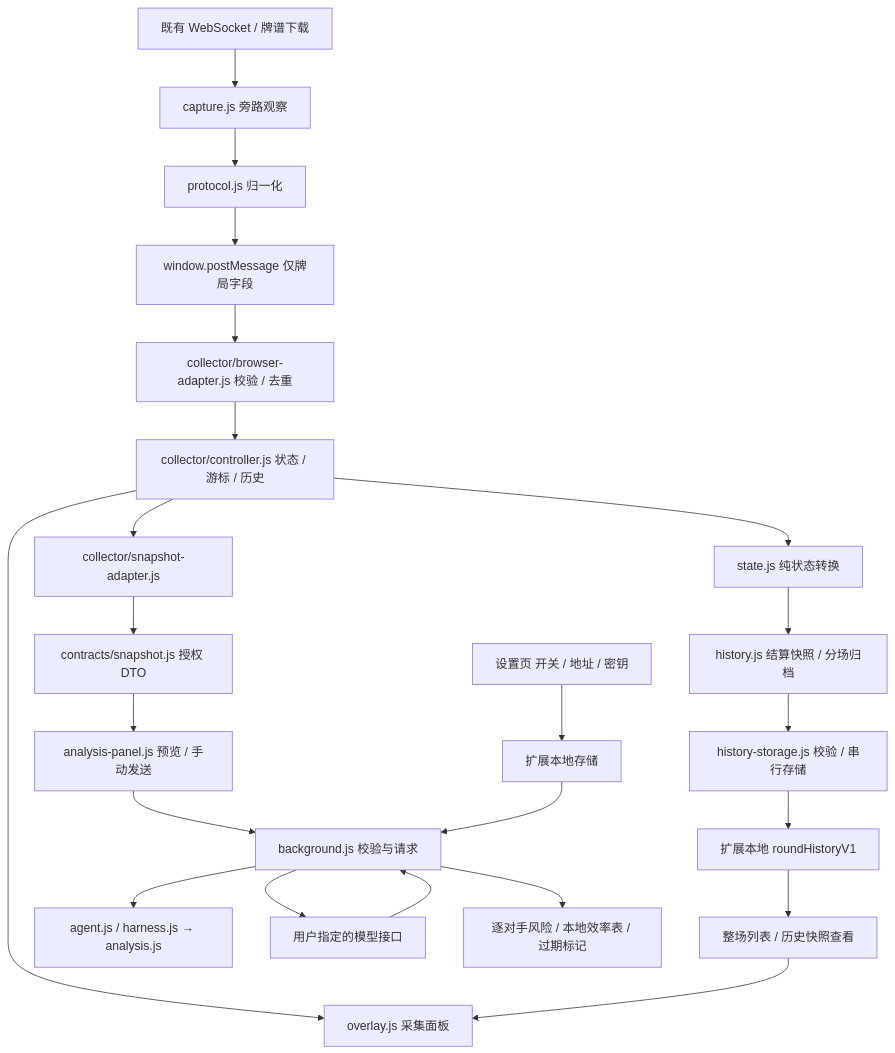
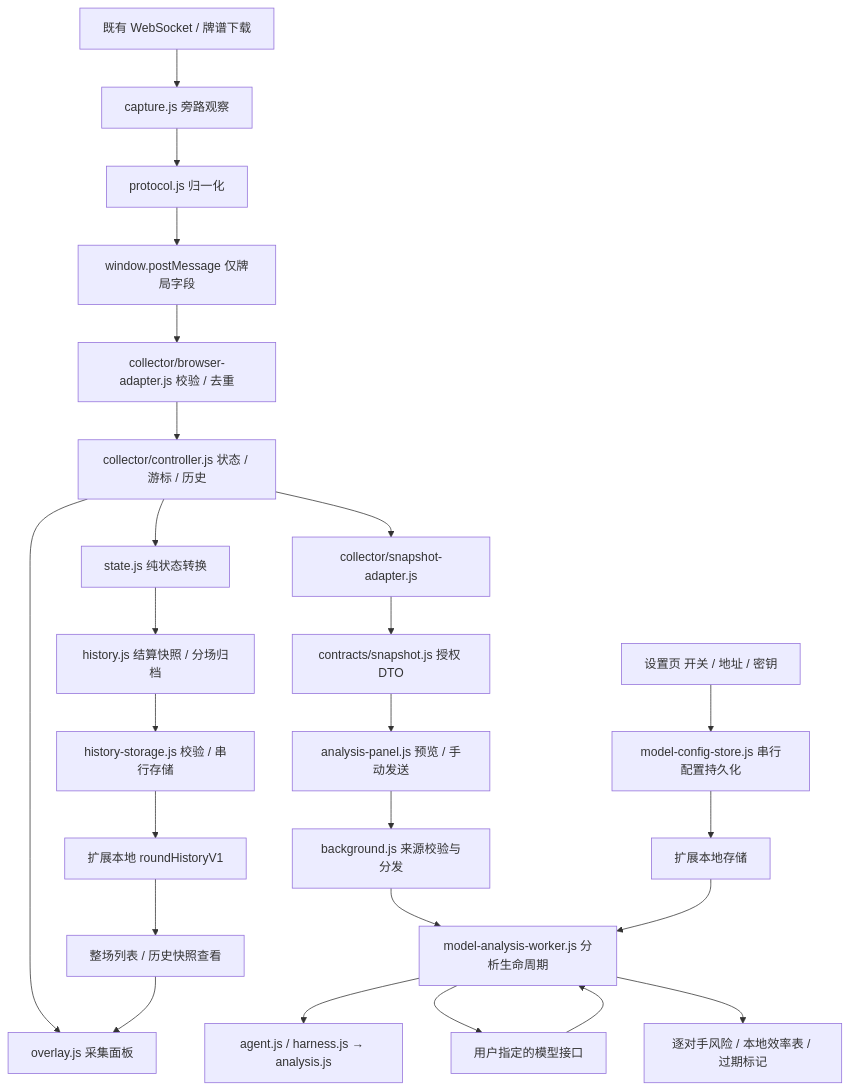
Before and after one commit to oreki-L/majsoul-ai-analysis-and-review-agent: the diagram in ARCHITECTURE.md, drawn with Mermaid. The commit also changed other lines of this file and 3 other files, not shown here.

Commit message:
test: verify architecture and CC Switch integration

````diff
--- a/ARCHITECTURE.md
+++ b/ARCHITECTURE.md
@@ -57,25 +57,27 @@
 ```mermaid
 flowchart TD
   Game[既有 WebSocket / 牌谱下载] --> Capture[capture.js 旁路观察]
   Capture --> Protocol[protocol.js 归一化]
   Protocol --> Bridge[window.postMessage 仅牌局字段]
   Bridge --> Browser[collector/browser-adapter.js 校验 / 去重]
   Browser --> Controller[collector/controller.js 状态 / 游标 / 历史]
   Controller --> State[state.js 纯状态转换]
   Controller --> UI[overlay.js 采集面板]
   State --> History[history.js 结算快照 / 分场归档]
   History --> HistoryWorker[history-storage.js 校验 / 串行存储]
   HistoryWorker --> HistoryStorage[扩展本地 roundHistoryV1]
   HistoryStorage --> HistoryUI[整场列表 / 历史快照查看]
   HistoryUI --> UI
   Controller --> Adapter[collector/snapshot-adapter.js]
   Adapter --> Contract[contracts/snapshot.js 授权 DTO]
   Contract --> Panel[analysis-panel.js 预览 / 手动发送]
-  Options[设置页 开关 / 地址 / 密钥] --> Storage[扩展本地存储]
-  Panel --> Worker[background.js 校验与请求]
-  Storage --> Worker
-  Worker --> Agent[agent.js / harness.js → analysis.js]
-  Worker --> Provider[用户指定的模型接口]
-  Provider --> Worker
-  Worker --> Result[逐对手风险 / 本地效率表 / 过期标记]
+  Options[设置页 开关 / 地址 / 密钥] --> ConfigStore[model-config-store.js 串行配置持久化]
+  ConfigStore --> Storage[扩展本地存储]
+  Panel --> Worker[background.js 来源校验与分发]
+  Worker --> AnalysisWorker[model-analysis-worker.js 分析生命周期]
+  Storage --> AnalysisWorker
+  AnalysisWorker --> Agent[agent.js / harness.js → analysis.js]
+  AnalysisWorker --> Provider[用户指定的模型接口]
+  Provider --> AnalysisWorker
+  AnalysisWorker --> Result[逐对手风险 / 本地效率表 / 过期标记]
 ```
````
